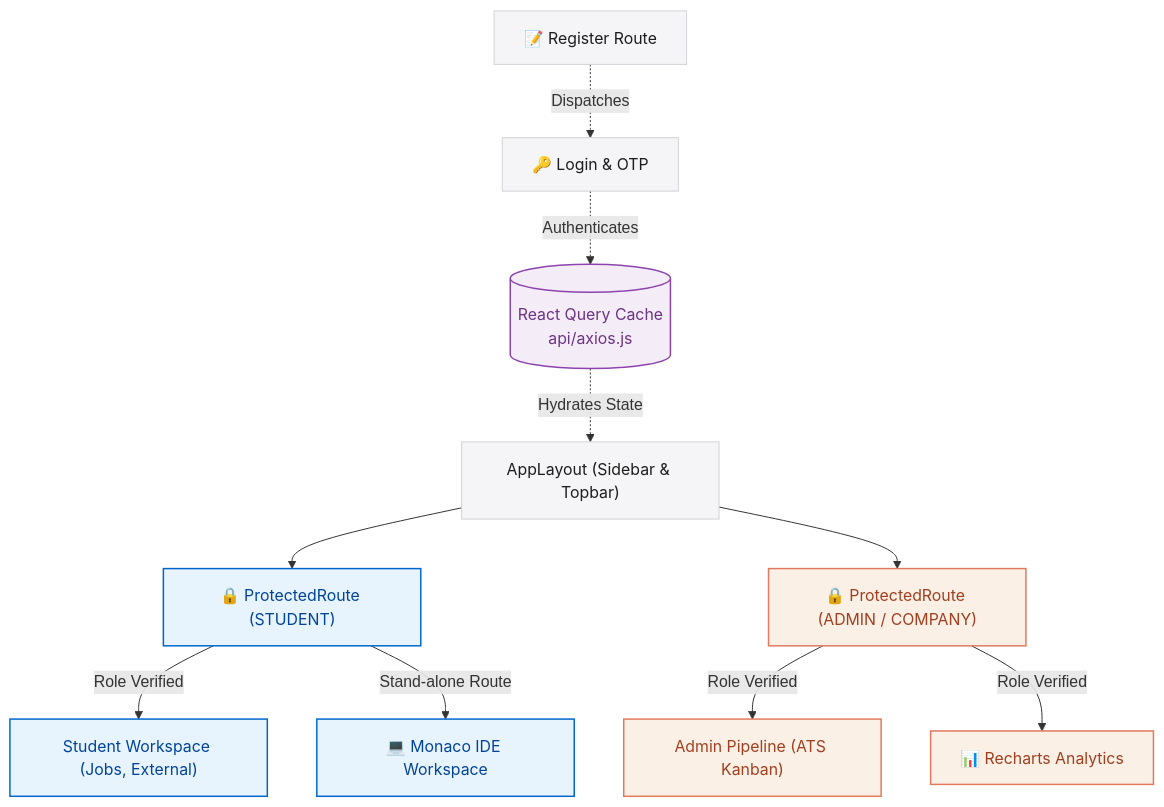
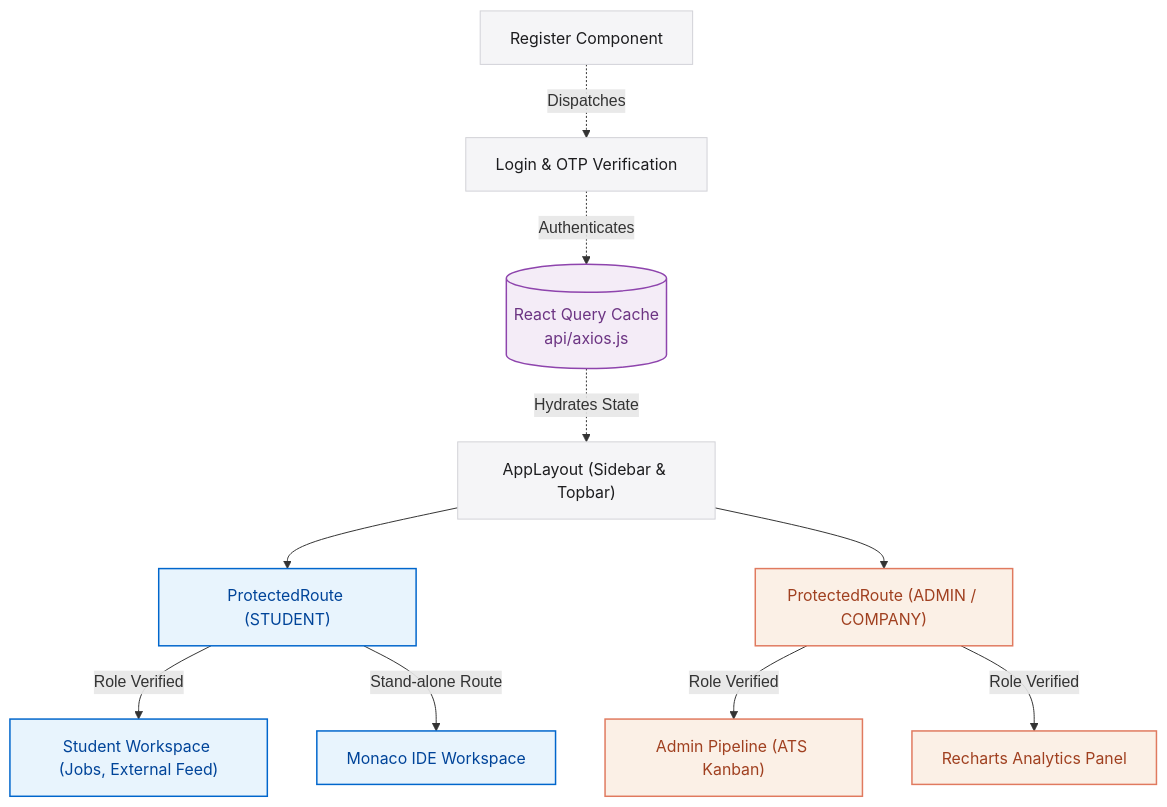
Before and after one commit to Abhijith-Sura/smart_placement_tracker: the diagram in client/README.md, drawn with Mermaid. The commit also changed other lines of this file and 2 other files, not shown here.

````diff
--- a/client/README.md
+++ b/client/README.md
@@ -44,37 +44,32 @@
 ```mermaid
 graph TD
-    %% Base Styling
     classDef default fill:#f5f5f7,stroke:#d2d2d7,stroke-width:1px,color:#1d1d1f,font-family:Inter;
     classDef secure fill:#e8f4fd,stroke:#0066cc,stroke-width:1.5px,color:#004499,font-family:Inter;
     classDef admin fill:#fbf0e6,stroke:#e07a5f,stroke-width:1.5px,color:#a04020,font-family:Inter;
     classDef state fill:#f4ecf7,stroke:#8e44ad,stroke-width:1.5px,color:#6c3483,font-family:Inter;
 
-    %% Elements
     Root["AppLayout (Sidebar & Topbar)"]:::default
-    Login["🔑 Login & OTP"]:::default
-    Register["📝 Register Route"]:::default
+    Login["Login & OTP Verification"]:::default
+    Register["Register Component"]:::default
     QueryClient[("React Query Cache <br> api/axios.js")]:::state
 
-    %% Protected Routes
-    StudentSec["🔒 ProtectedRoute (STUDENT)"]:::secure
-    AdminSec["🔒 ProtectedRoute (ADMIN / COMPANY)"]:::admin
+    StudentSec["ProtectedRoute (STUDENT)"]:::secure
+    AdminSec["ProtectedRoute (ADMIN / COMPANY)"]:::admin
 
-    %% Dashboard Panels
-    StudentDash["Student Workspace (Jobs, External)"]:::secure
-    Assessment["💻 Monaco IDE Workspace"]:::secure
+    StudentDash["Student Workspace (Jobs, External Feed)"]:::secure
+    Assessment["Monaco IDE Workspace"]:::secure
     AdminDash["Admin Pipeline (ATS Kanban)"]:::admin
-    Analytics["📊 Recharts Analytics"]:::admin
+    Analytics["Recharts Analytics Panel"]:::admin
 
-    %% Connections
     Login -.->|Authenticates| QueryClient
     Register -.->|Dispatches| Login
     QueryClient -.->|Hydrates State| Root
 
     Root --> StudentSec
     Root --> AdminSec
 
     StudentSec -->|Role Verified| StudentDash
     StudentSec -->|Stand-alone Route| Assessment
     AdminSec -->|Role Verified| AdminDash
     AdminSec -->|Role Verified| Analytics
 ```
````
